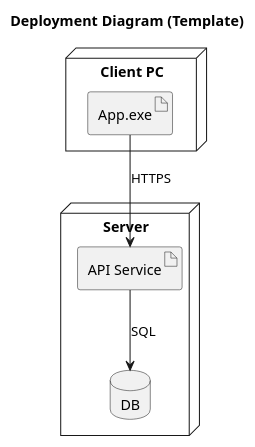
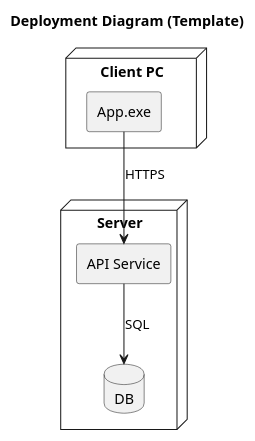
The diagram in docs/uml/deployment_topology.puml (memem47/plantuml-template), drawn with PlantUML before and after one commit.

Commit message:
docs: fix deployment diagram template

```diff
--- a/docs/uml/deployment_topology.puml
+++ b/docs/uml/deployment_topology.puml
@@ -1,16 +1,16 @@
 @startuml deployment_topology
 title Deployment Diagram (Template)
 
-node "Client PC" {
-  artifact "App.exe"
+node "Client PC" as Client {
+  rectangle "App.exe" as App
 }
 
-node "Server" {
-  artifact "API Service"
-  database "DB"
+node "Server" as Server {
+  rectangle "API Service" as Api
+  database "DB" as Db
 }
 
-"App.exe" --> "API Service" : HTTPS
-"API Service" --> "DB" : SQL
+App --> Api : HTTPS
+Api --> Db : SQL
 
 @enduml
```
